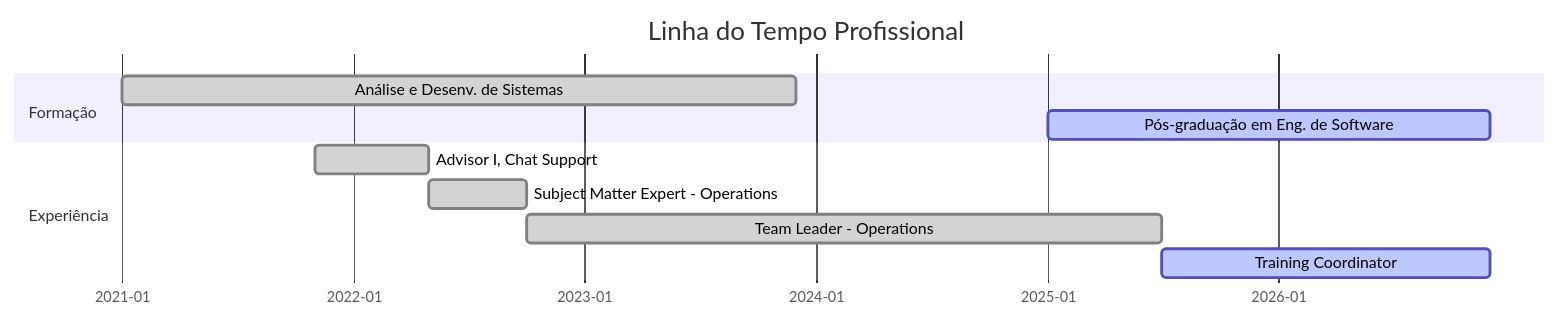
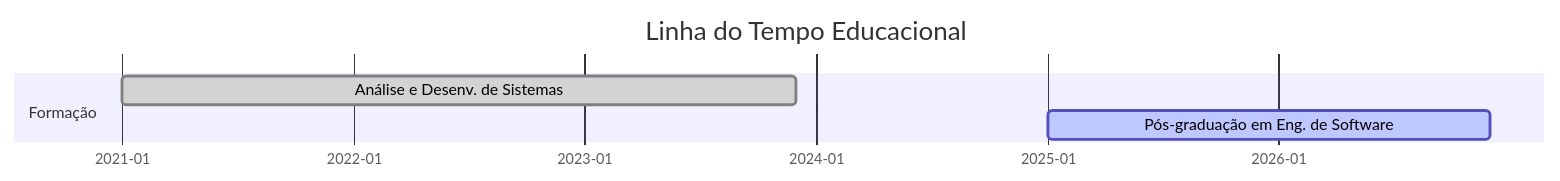
Before and after one commit to boltreskh/boltreskh: the diagram in README.md, drawn with Mermaid.

````diff
--- a/README.md
+++ b/README.md
@@ -56,16 +56,10 @@
 ```mermaid
 gantt
-    title Linha do Tempo Profissional
+    title Linha do Tempo Educacional
     dateFormat  YYYY-MM-DD
     axisFormat  %Y-%m
 
     section Formação
     Análise e Desenv. de Sistemas :done, 2021-01-01, 2023-12-01
     Pós-graduação em Eng. de Software :active, 2025-01-01, 2026-12-01
-
-    section Experiência
-    Advisor I, Chat Support :done, 2021-11-01, 2022-05-01
-    Subject Matter Expert - Operations :done, 2022-05-01, 2022-10-01
-    Team Leader - Operations :done, 2022-10-01, 2025-07-01
-    Training Coordinator :active, 2025-07-01, 2026-12-01
 ```
````
